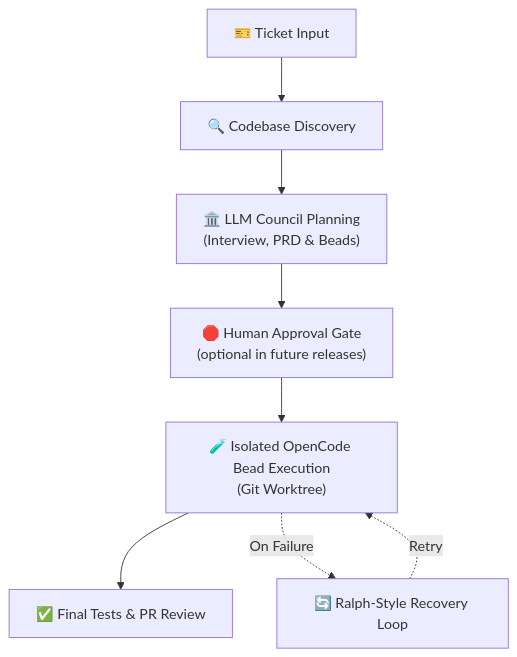
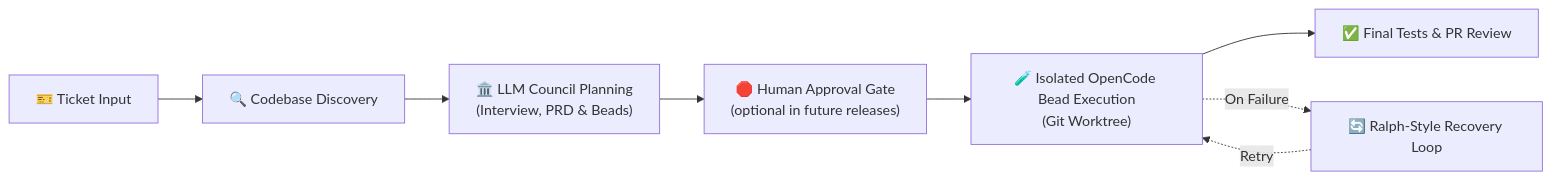
The diagram in README.md (antclt/LoopTroop), drawn with Mermaid before and after one commit. The commit also changed 1 other file, not shown here.

Commit message:
docs: update flowchart direction from TD to LR in README and index documentation

````diff
--- a/README.md
+++ b/README.md
@@ -63,10 +63,10 @@
 ```mermaid
-flowchart TD
+flowchart LR
     A["🎫 Ticket Input"] --> B["🔍 Codebase Discovery"]
     B --> C["🏛️ LLM Council Planning<br/>(Interview, PRD & Beads)"]
     C --> D["🛑 Human Approval Gate<br/>(optional in future releases)"]
     D --> E["🧪 Isolated OpenCode Bead Execution<br/>(Git Worktree)"]
     E --> F["✅ Final Tests & PR Review"]
     E -.->|"On Failure"| G["🔄 Ralph-Style Recovery Loop"]
     G -.->|"Retry"| E
 ```
````
